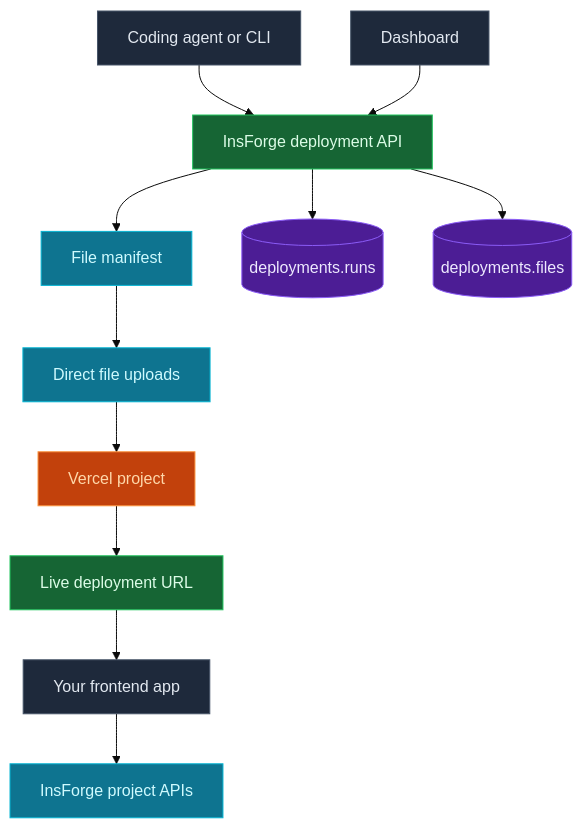
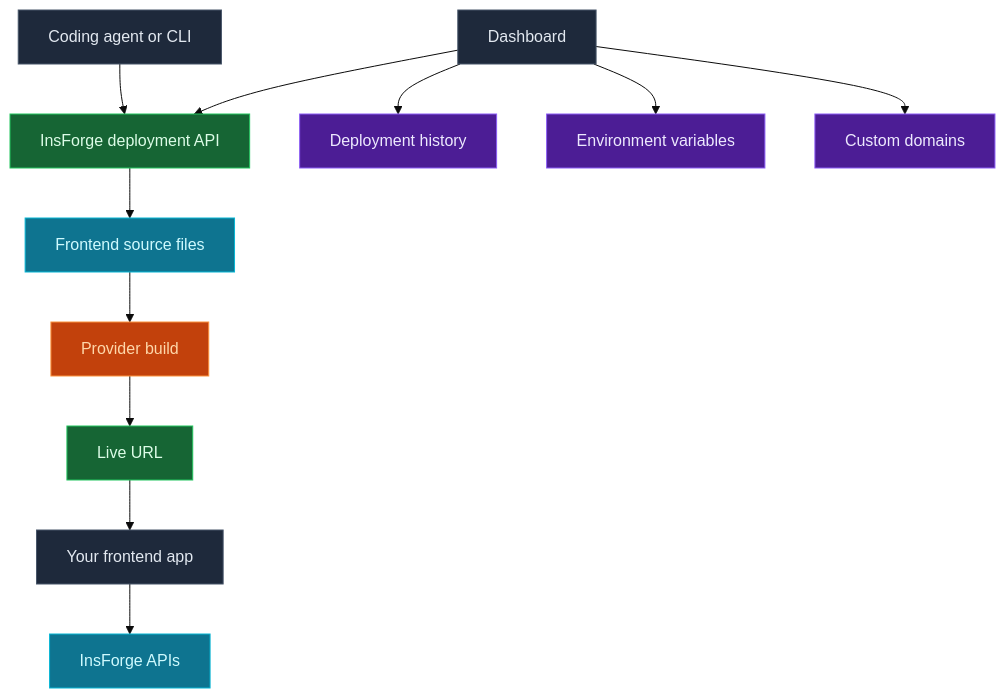
Before and after one commit to InsForge/InsForge: the diagram in docs/core-concepts/deployments/overview.mdx, drawn with Mermaid (base theme). The commit also changed other lines of this file and 16 other files, not shown here.

````diff
--- a/docs/core-concepts/deployments/overview.mdx
+++ b/docs/core-concepts/deployments/overview.mdx
@@ -13,27 +17,28 @@
 ```mermaid
 graph TB
     Agent[Coding agent or CLI] --> API[InsForge deployment API]
     Dashboard[Dashboard] --> API
 
-    API --> Manifest[File manifest]
-    Manifest --> Uploads[Direct file uploads]
-    Uploads --> Vercel[Vercel project]
-    API --> Runs[(deployments.runs)]
-    API --> Files[(deployments.files)]
+    API --> Source[Frontend source files]
+    Source --> Build[Provider build]
+    Build --> URL[Live URL]
 
-    Vercel --> Live[Live deployment URL]
-    Live --> App[Your frontend app]
-    App --> Project[InsForge project APIs]
+    Dashboard --> Logs[Deployment history]
+    Dashboard --> Env[Environment variables]
+    Dashboard --> Domains[Custom domains]
+
+    URL --> App[Your frontend app]
+    App --> Project[InsForge APIs]
 
     style Agent fill:#1e293b,stroke:#475569,color:#e2e8f0
     style Dashboard fill:#1e293b,stroke:#475569,color:#e2e8f0
     style API fill:#166534,stroke:#22c55e,color:#dcfce7
-    style Manifest fill:#0e7490,stroke:#06b6d4,color:#cffafe
-    style Uploads fill:#0e7490,stroke:#06b6d4,color:#cffafe
-    style Runs fill:#4c1d95,stroke:#8b5cf6,color:#ede9fe
-    style Files fill:#4c1d95,stroke:#8b5cf6,color:#ede9fe
-    style Vercel fill:#c2410c,stroke:#fb923c,color:#fed7aa
-    style Live fill:#166534,stroke:#22c55e,color:#dcfce7
+    style Source fill:#0e7490,stroke:#06b6d4,color:#cffafe
+    style Build fill:#c2410c,stroke:#fb923c,color:#fed7aa
+    style URL fill:#166534,stroke:#22c55e,color:#dcfce7
+    style Logs fill:#4c1d95,stroke:#8b5cf6,color:#ede9fe
+    style Env fill:#4c1d95,stroke:#8b5cf6,color:#ede9fe
+    style Domains fill:#4c1d95,stroke:#8b5cf6,color:#ede9fe
     style App fill:#1e293b,stroke:#475569,color:#e2e8f0
     style Project fill:#0e7490,stroke:#06b6d4,color:#cffafe
 ```
````
